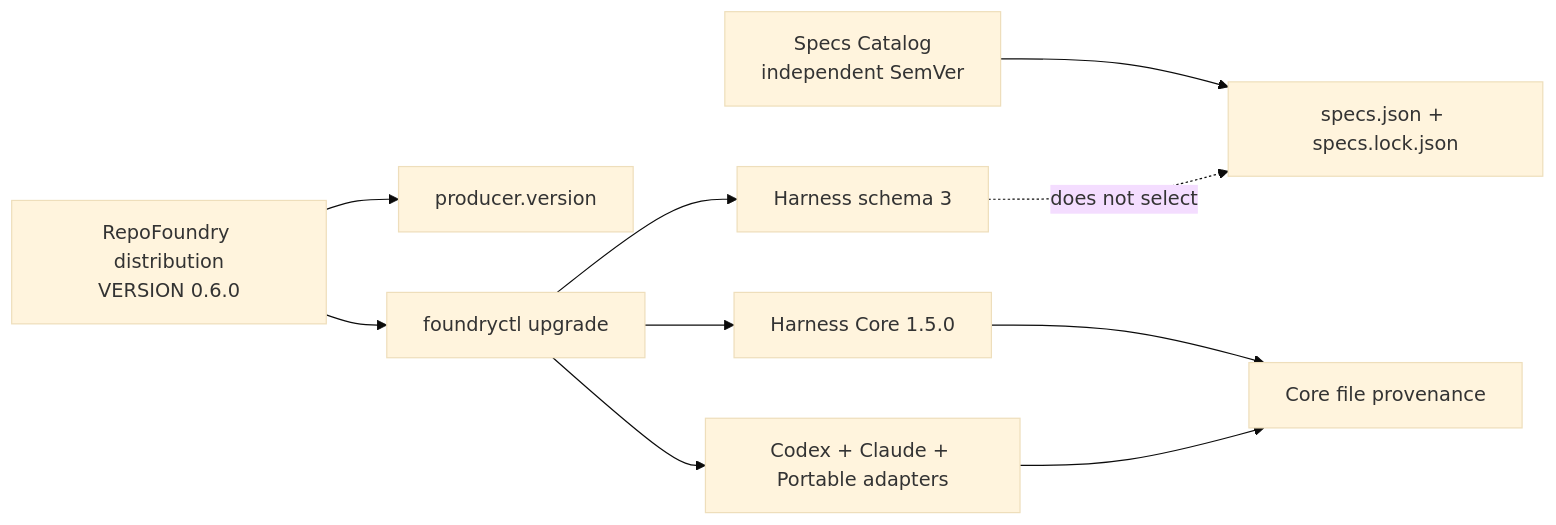
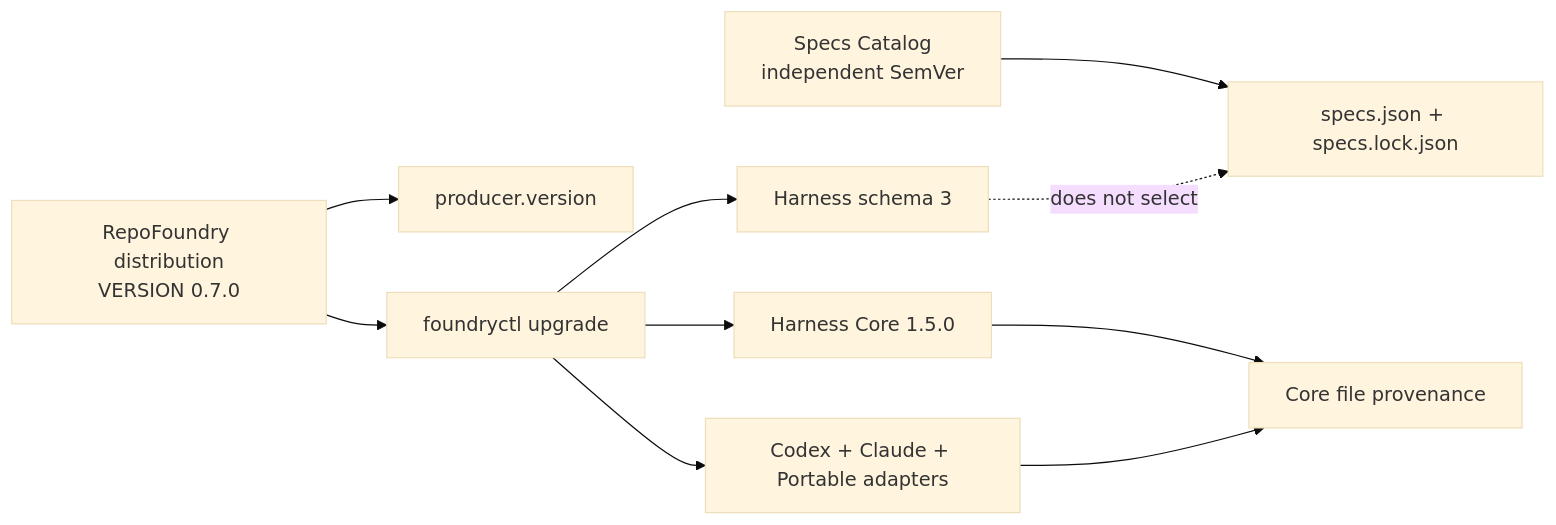
One commit to XiaoWeiKIN/RepoFoundryAI changed the first of 3 diagrams in docs/design-docs/repo-foundry-versioning-and-migrations.md. Above: the diagram before and after it, drawn with Mermaid (base theme). The commit also changed other lines of this file and 21 other files, not shown here.

Commit message:
release: prepare RepoFoundry AI v0.7.0

````diff
--- a/docs/design-docs/repo-foundry-versioning-and-migrations.md
+++ b/docs/design-docs/repo-foundry-versioning-and-migrations.md
@@ -101,12 +110,12 @@
 ```mermaid
 flowchart LR
-    D["RepoFoundry distribution<br/>VERSION 0.6.0"] --> P["producer.version"]
+    D["RepoFoundry distribution<br/>VERSION 0.7.0"] --> P["producer.version"]
     D --> U["foundryctl upgrade"]
     U --> H["Harness schema 3"]
     U --> C["Harness Core 1.5.0"]
     U --> A["Codex + Claude + Portable adapters"]
     C --> F["Core file provenance"]
     A --> F
     S["Specs Catalog<br/>independent SemVer"] --> L["specs.json + specs.lock.json"]
     H -.->|"does not select"| L
 ```
````
